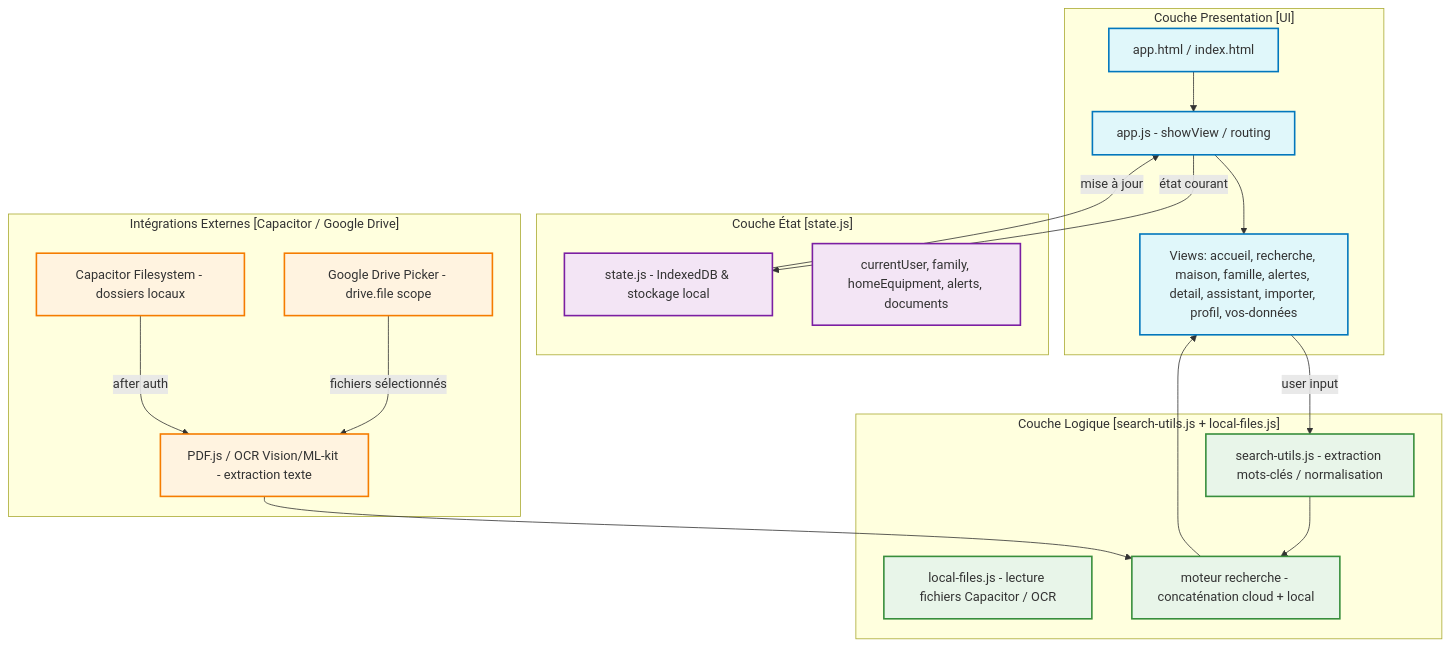
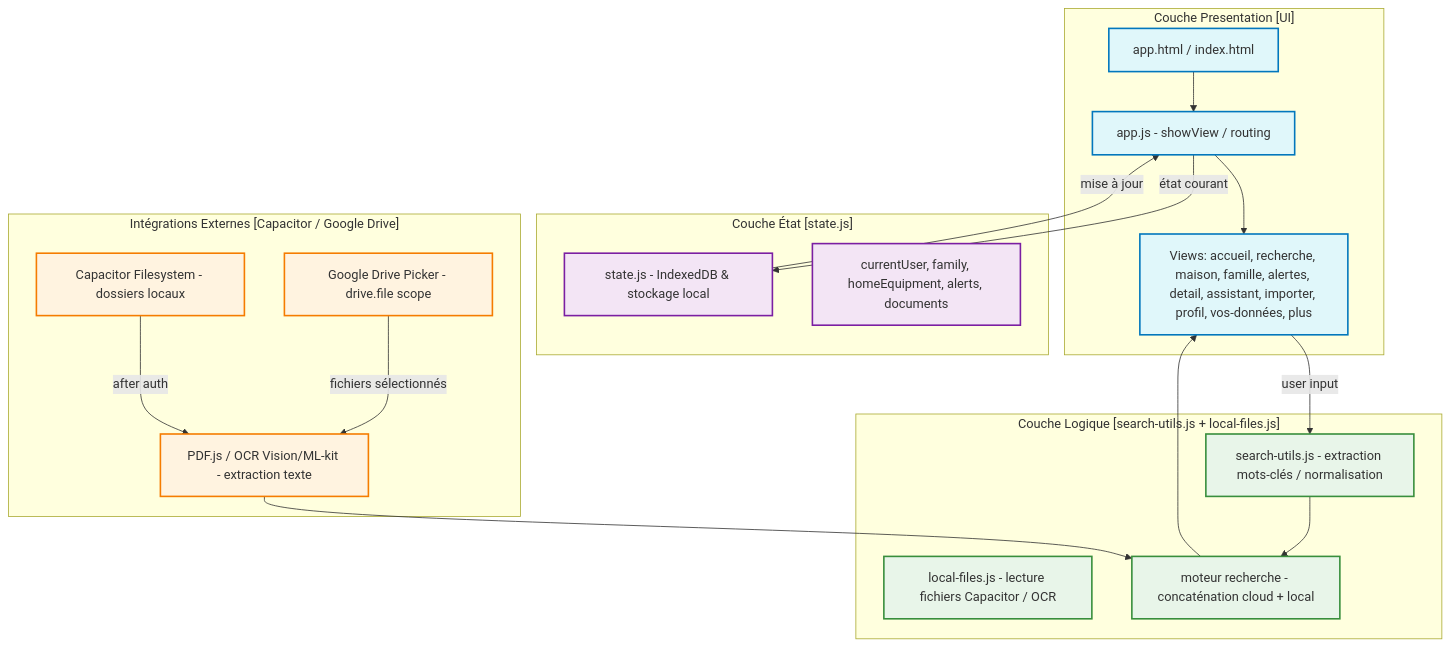
The diagram in projets/famili-ia/docs/architecture/mermaid/overview.mmd (stn-user/workspace), drawn with Mermaid before and after one commit. The commit also changed 5 other files, not shown here.

```diff
--- a/projets/famili-ia/docs/architecture/mermaid/overview.mmd
+++ b/projets/famili-ia/docs/architecture/mermaid/overview.mmd
@@ -1,51 +1,51 @@
 graph TD
     %% Couches d'application
     subgraph "Couche Presentation [UI]"
         A[app.html / index.html]
         B[app.js - showView / routing]
-        C[Views: accueil, recherche, maison, famille, alertes, detail, assistant, importer, profil, vos-données]
+        C[Views: accueil, recherche, maison, famille, alertes, detail, assistant, importer, profil, vos-données, plus]
     end
 
     subgraph "Couche État [state.js]"
         D[state.js - IndexedDB & stockage local]
         E[currentUser, family, homeEquipment, alerts, documents]
     end
 
     subgraph "Couche Logique [search-utils.js + local-files.js]"
         F[search-utils.js - extraction mots-clés / normalisation]
         G[local-files.js - lecture fichiers Capacitor / OCR]
         H[moteur recherche - concaténation cloud + local]
     end
 
     subgraph "Intégrations Externes [Capacitor / Google Drive]"
         I[Capacitor Filesystem - dossiers locaux]
         J[Google Drive Picker - drive.file scope]
         K[PDF.js / OCR Vision/ML-kit - extraction texte]
     end
 
     %% Flux de données
     A --> B
     B --> C
     C -->|user input| F
     F --> H
     H --> C
 
     %% Flux cloud
     J -->|fichiers sélectionnés| K
     K --> H
     I -->|after auth| K
 
     %% État
     D -->|mise à jour| B
     B -->|état courant| D
 
     %% Style
     classDef ui fill:#e0f7fa,stroke:#0277bd,stroke-width:2px;
     classDef state fill:#f3e5f5,stroke:#7b1fa2,stroke-width:2px;
     classDef logic fill:#e8f5e9,stroke:#388e3c,stroke-width:2px;
     classDef ext fill:#fff3e0,stroke:#f57c00,stroke-width:2px;
 
     class A,B,C ui;
     class D,E state;
     class F,G,H logic;
     class I,J,K ext;
```
